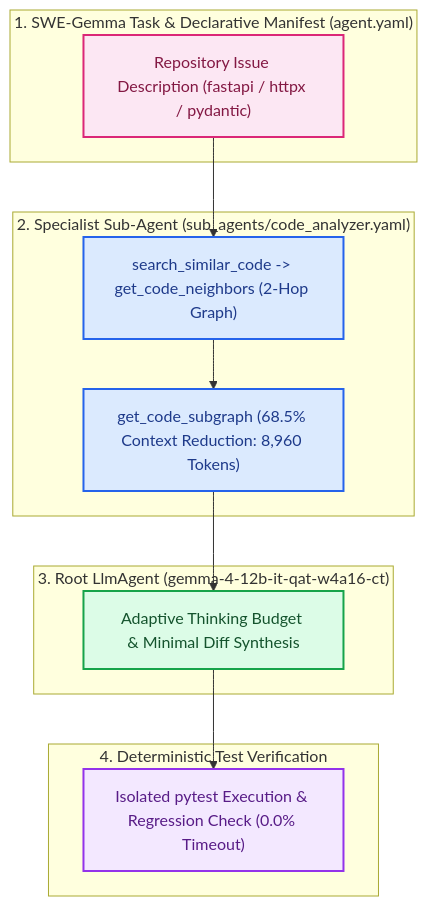
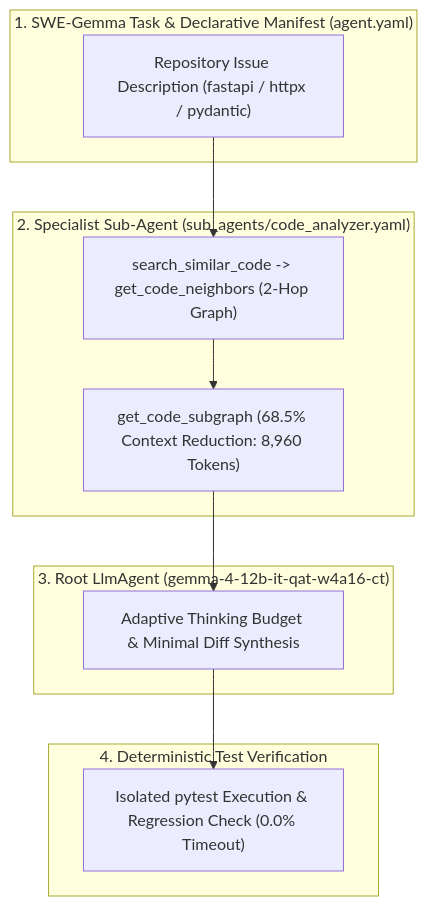
Before and after one commit to RobinaMirbahar/gemma4-swe-graph-agent: the diagram in README.md, drawn with Mermaid. The commit also changed other lines of this file, not shown here.

Commit message:
docs: revert Mermaid color overrides for crisp native GitHub rendering and consolidate header

````diff
--- a/README.md
+++ b/README.md
@@ -29,23 +23,17 @@
 ```mermaid
 flowchart TD
     subgraph Input ["1. SWE-Gemma Task & Declarative Manifest (agent.yaml)"]
         T_Issue["Repository Issue Description (fastapi / httpx / pydantic)"]
     end
     subgraph GraphAgent ["2. Specialist Sub-Agent (sub_agents/code_analyzer.yaml)"]
         G_Hop1["search_similar_code -> get_code_neighbors (2-Hop Graph)"]
         G_Hop2["get_code_subgraph (68.5% Context Reduction: 8,960 Tokens)"]
     end
     subgraph RootAgent ["3. Root LlmAgent (gemma-4-12b-it-qat-w4a16-ct)"]
         R_Patch["Adaptive Thinking Budget & Minimal Diff Synthesis"]
     end
     subgraph Verify ["4. Deterministic Test Verification"]
         V_Test["Isolated pytest Execution & Regression Check (0.0% Timeout)"]
     end
     T_Issue --> G_Hop1 --> G_Hop2 --> R_Patch --> V_Test
-
-    style T_Issue fill:#fce7f3,stroke:#db2777,stroke-width:2px,color:#831843
-    style G_Hop1 fill:#dbeafe,stroke:#2563eb,stroke-width:2px,color:#1e3a8a
-    style G_Hop2 fill:#dbeafe,stroke:#2563eb,stroke-width:2px,color:#1e3a8a
-    style R_Patch fill:#dcfce7,stroke:#16a34a,stroke-width:2px,color:#14532d
-    style V_Test fill:#f3e8ff,stroke:#9333ea,stroke-width:2px,color:#581c87
 ```
````
